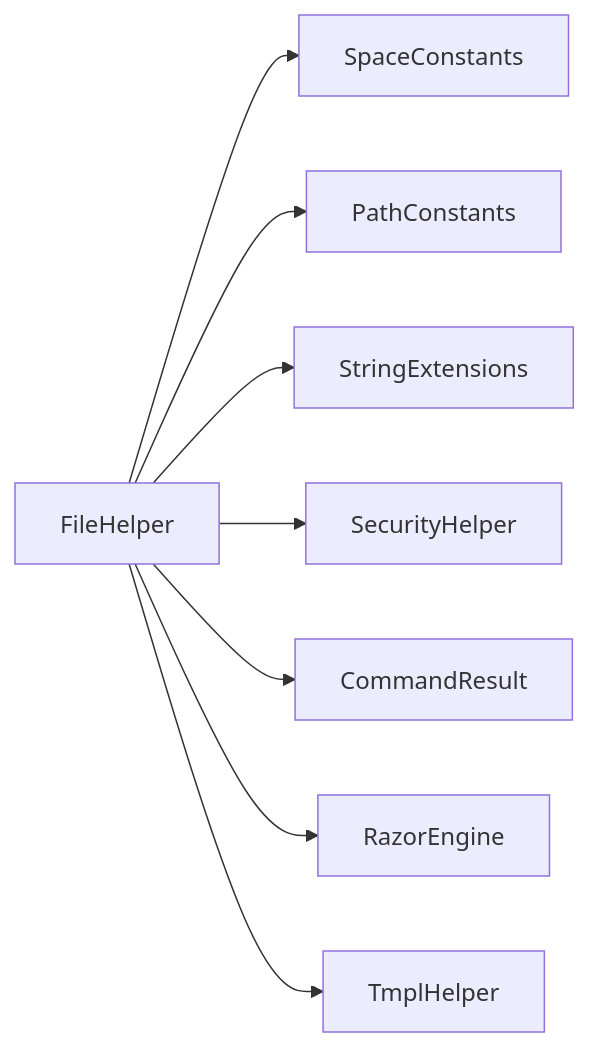
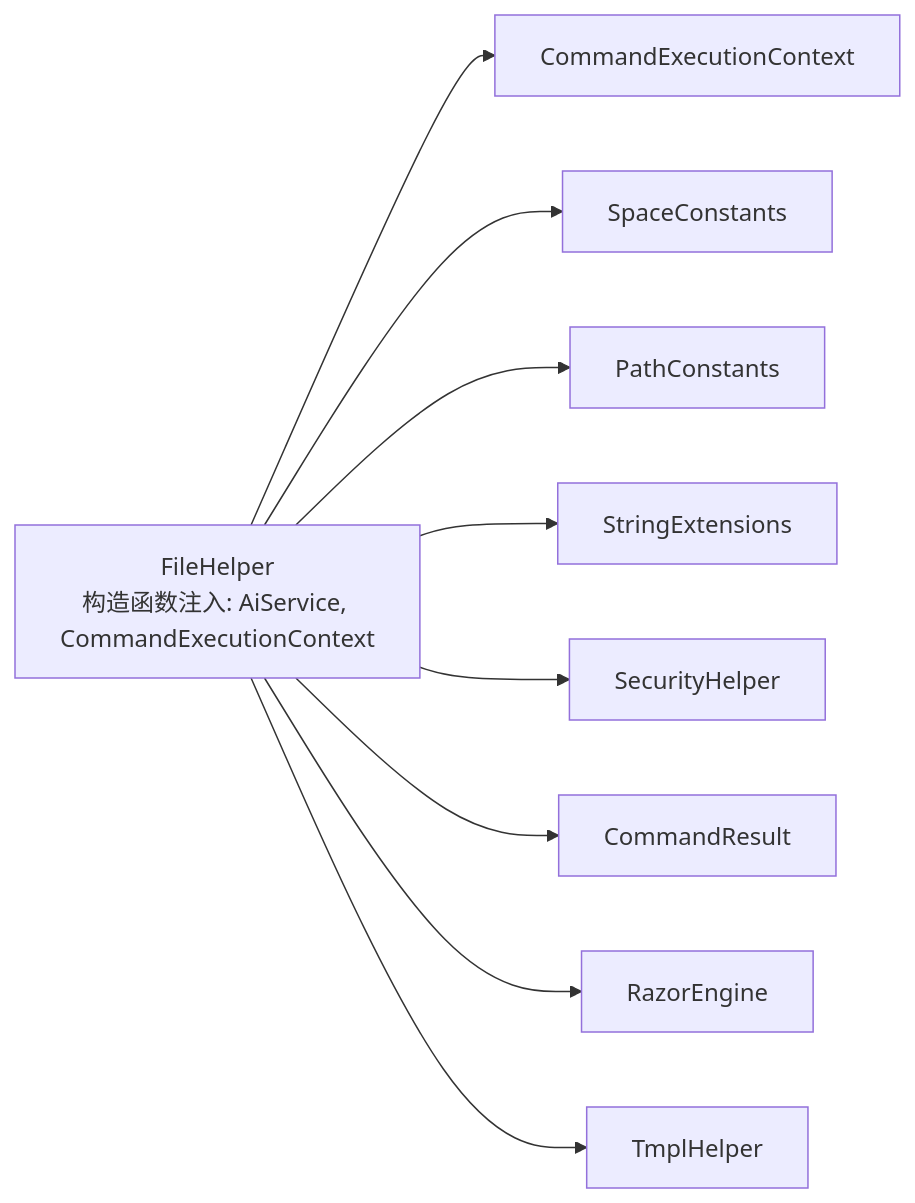
One commit to Sosososolong/AirGo changed the eighth of 8 diagrams in .qoder/repowiki/zh/content/项目概述/核心特性/工具库系统/文件操作工具/文件操作工具.md. Above: the diagram before and after it, drawn with Mermaid. The commit also changed other lines of this file and 7 other files, not shown here.

````diff
--- a/.qoder/repowiki/zh/content/项目概述/核心特性/工具库系统/文件操作工具/文件操作工具.md
+++ b/.qoder/repowiki/zh/content/项目概述/核心特性/工具库系统/文件操作工具/文件操作工具.md
@@ -394,10 +438,11 @@
 ```mermaid
 graph LR
-FH["FileHelper"] --> SC["SpaceConstants"]
+FH["FileHelper<br/>构造函数注入: AiService, CommandExecutionContext"] --> CEC["CommandExecutionContext"]
+FH --> SC["SpaceConstants"]
 FH --> PC["PathConstants"]
 FH --> SE["StringExtensions"]
 FH --> SH["SecurityHelper"]
 FH --> CR["CommandResult"]
 FH --> RE["RazorEngine"]
 FH --> TH["TmplHelper"]
 ```
````
